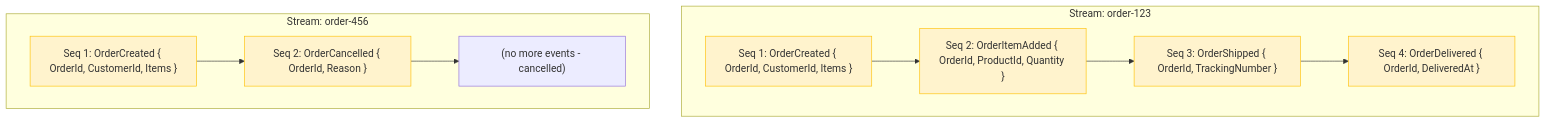
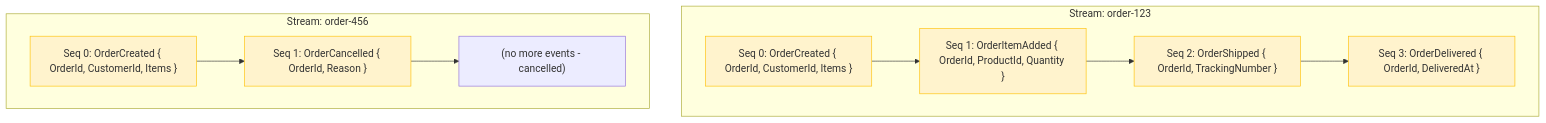
Before and after one commit to whizbang-lib/whizbang-lib.github.io: the diagram in src/assets/docs/v1.0.0/fundamentals/events/event-streams.md, drawn with Mermaid. The commit also changed other lines of this file and 246 other files, not shown here.

````diff
--- a/src/assets/docs/v1.0.0/fundamentals/events/event-streams.md
+++ b/src/assets/docs/v1.0.0/fundamentals/events/event-streams.md
@@ -71,24 +71,24 @@
 ```mermaid{caption="Two independent event streams (order-123 and order-456), each an ordered sequence of events by ascending sequence number." tests=["EventStoreContractTests.ReadAsync_ShouldReturnEventsInOrderAsync", "EventStoreContractTests.AppendAsync_DifferentStreams_ShouldBeIndependentAsync"]}
 graph TB
     subgraph S1["Stream: order-123"]
-        A1["Seq 1: OrderCreated { OrderId, CustomerId, Items }"]
-        A2["Seq 2: OrderItemAdded { OrderId, ProductId, Quantity }"]
-        A3["Seq 3: OrderShipped { OrderId, TrackingNumber }"]
-        A4["Seq 4: OrderDelivered { OrderId, DeliveredAt }"]
+        A1["Seq 0: OrderCreated { OrderId, CustomerId, Items }"]
+        A2["Seq 1: OrderItemAdded { OrderId, ProductId, Quantity }"]
+        A3["Seq 2: OrderShipped { OrderId, TrackingNumber }"]
+        A4["Seq 3: OrderDelivered { OrderId, DeliveredAt }"]
         A1 --> A2 --> A3 --> A4
     end
 
     subgraph S2["Stream: order-456"]
-        B1["Seq 1: OrderCreated { OrderId, CustomerId, Items }"]
-        B2["Seq 2: OrderCancelled { OrderId, Reason }"]
+        B1["Seq 0: OrderCreated { OrderId, CustomerId, Items }"]
+        B2["Seq 1: OrderCancelled { OrderId, Reason }"]
         B3["(no more events - cancelled)"]
         B1 --> B2 --> B3
     end
 
     style A1 fill:#fff3cd,stroke:#ffc107
     style A2 fill:#fff3cd,stroke:#ffc107
     style A3 fill:#fff3cd,stroke:#ffc107
     style A4 fill:#fff3cd,stroke:#ffc107
     style B1 fill:#fff3cd,stroke:#ffc107
     style B2 fill:#fff3cd,stroke:#ffc107
 ```
````
